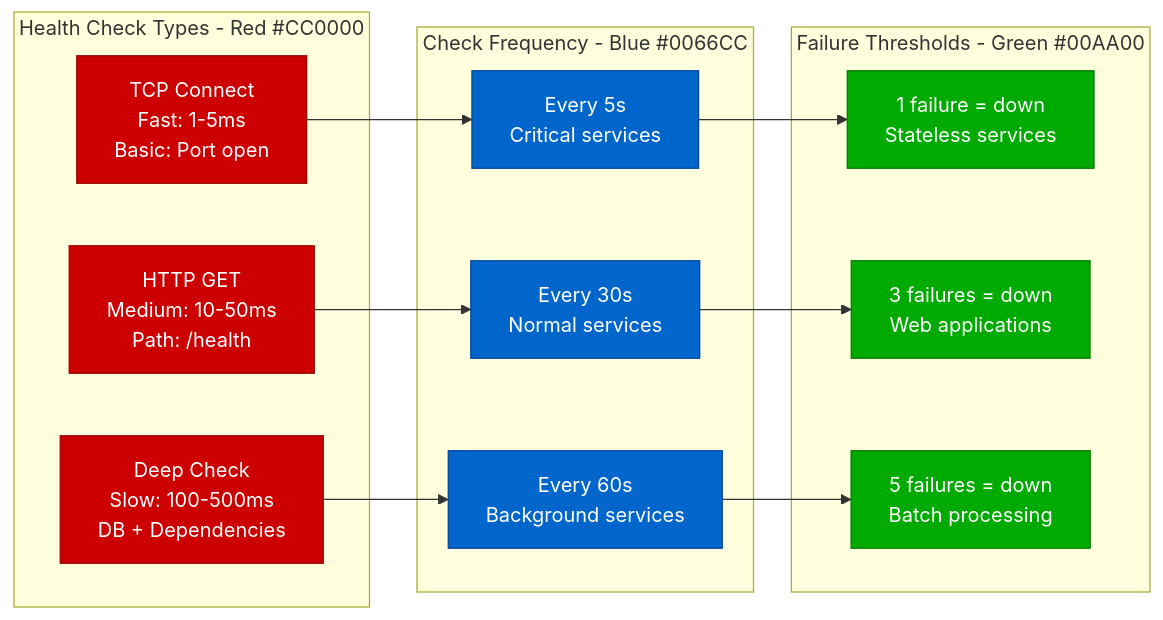
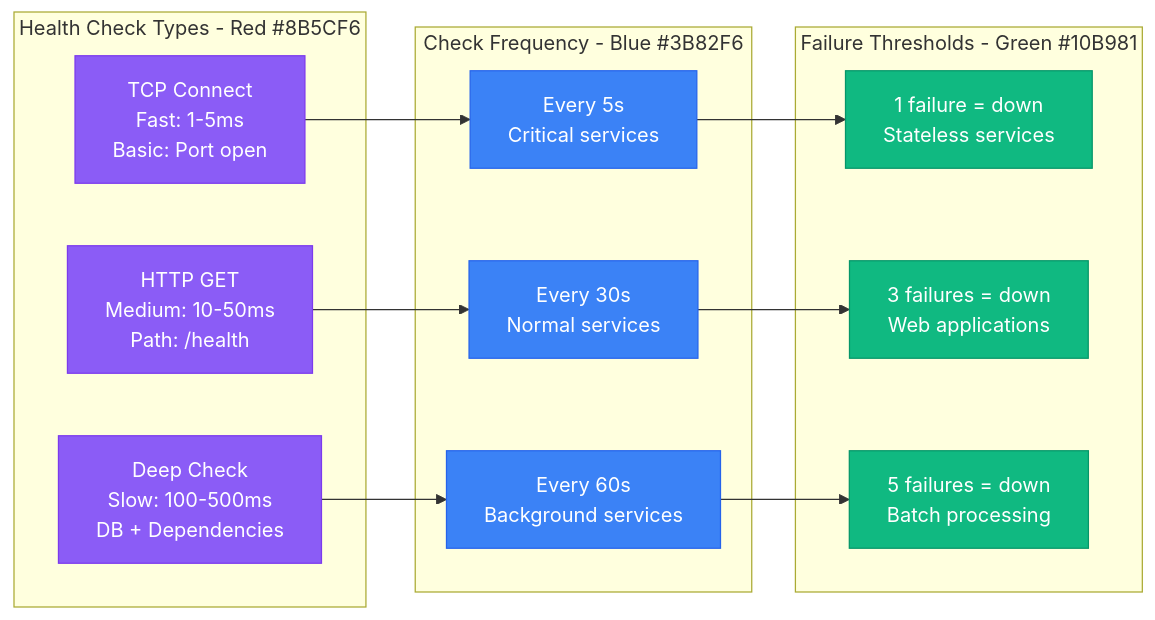
The third of 4 diagrams in site/docs/debugging/load-balancer-debugging.md (deepaucksharma/DS), drawn with Mermaid before and after one commit. The commit also changed other lines of this file and 187 other files, not shown here.

````diff
--- a/site/docs/debugging/load-balancer-debugging.md
+++ b/site/docs/debugging/load-balancer-debugging.md
@@ -201,36 +201,36 @@
 ```mermaid
 graph LR
-    subgraph HealthTypes[Health Check Types - Red #CC0000]
+    subgraph HealthTypes[Health Check Types - Red #8B5CF6]
         TCP_CHECK[TCP Connect<br/>Fast: 1-5ms<br/>Basic: Port open]
         HTTP_CHECK[HTTP GET<br/>Medium: 10-50ms<br/>Path: /health]
         DEEP_CHECK[Deep Check<br/>Slow: 100-500ms<br/>DB + Dependencies]
     end
 
-    subgraph Frequency[Check Frequency - Blue #0066CC]
+    subgraph Frequency[Check Frequency - Blue #3B82F6]
         HIGH[Every 5s<br/>Critical services]
         MEDIUM[Every 30s<br/>Normal services]
         LOW[Every 60s<br/>Background services]
     end
 
-    subgraph Thresholds[Failure Thresholds - Green #00AA00]
+    subgraph Thresholds[Failure Thresholds - Green #10B981]
         STRICT[1 failure = down<br/>Stateless services]
         MODERATE[3 failures = down<br/>Web applications]
         LENIENT[5 failures = down<br/>Batch processing]
     end
 
     TCP_CHECK --> HIGH
     HTTP_CHECK --> MEDIUM
     DEEP_CHECK --> LOW
 
     HIGH --> STRICT
     MEDIUM --> MODERATE
     LOW --> LENIENT
 
-    classDef healthStyle fill:#CC0000,stroke:#990000,color:#fff
-    classDef freqStyle fill:#0066CC,stroke:#004499,color:#fff
-    classDef thresholdStyle fill:#00AA00,stroke:#007700,color:#fff
+    classDef healthStyle fill:#8B5CF6,stroke:#7C3AED,color:#fff
+    classDef freqStyle fill:#3B82F6,stroke:#2563EB,color:#fff
+    classDef thresholdStyle fill:#10B981,stroke:#059669,color:#fff
 
     class TCP_CHECK,HTTP_CHECK,DEEP_CHECK healthStyle
     class HIGH,MEDIUM,LOW freqStyle
     class STRICT,MODERATE,LENIENT thresholdStyle
 ```
````
